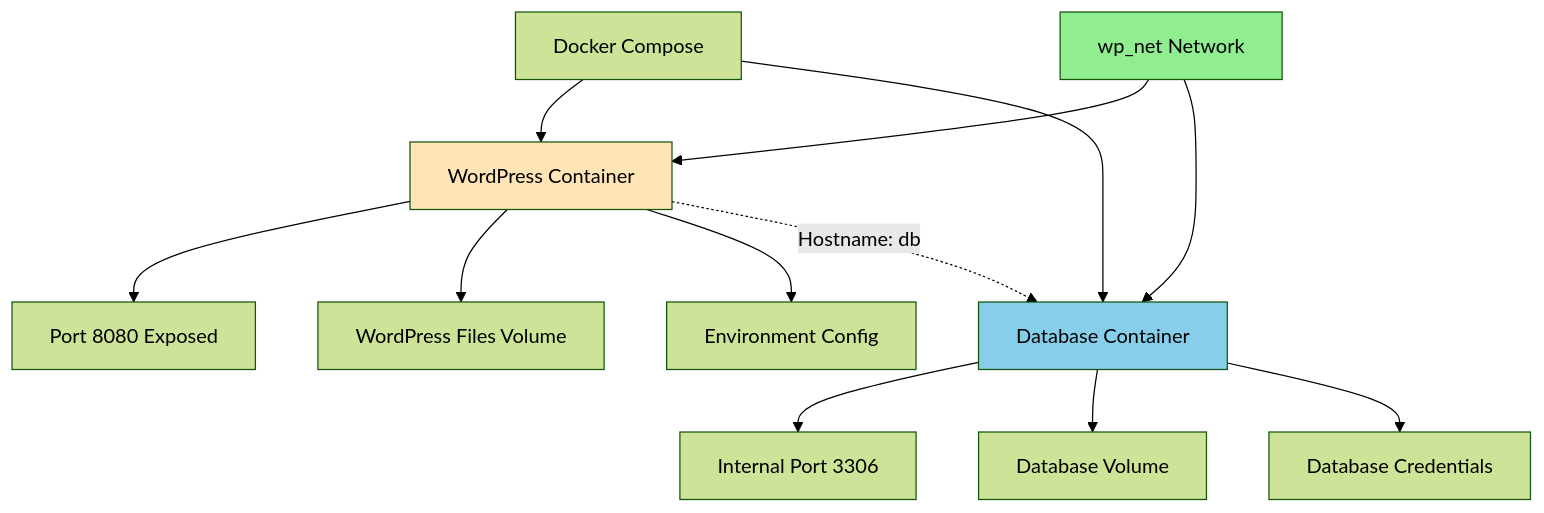
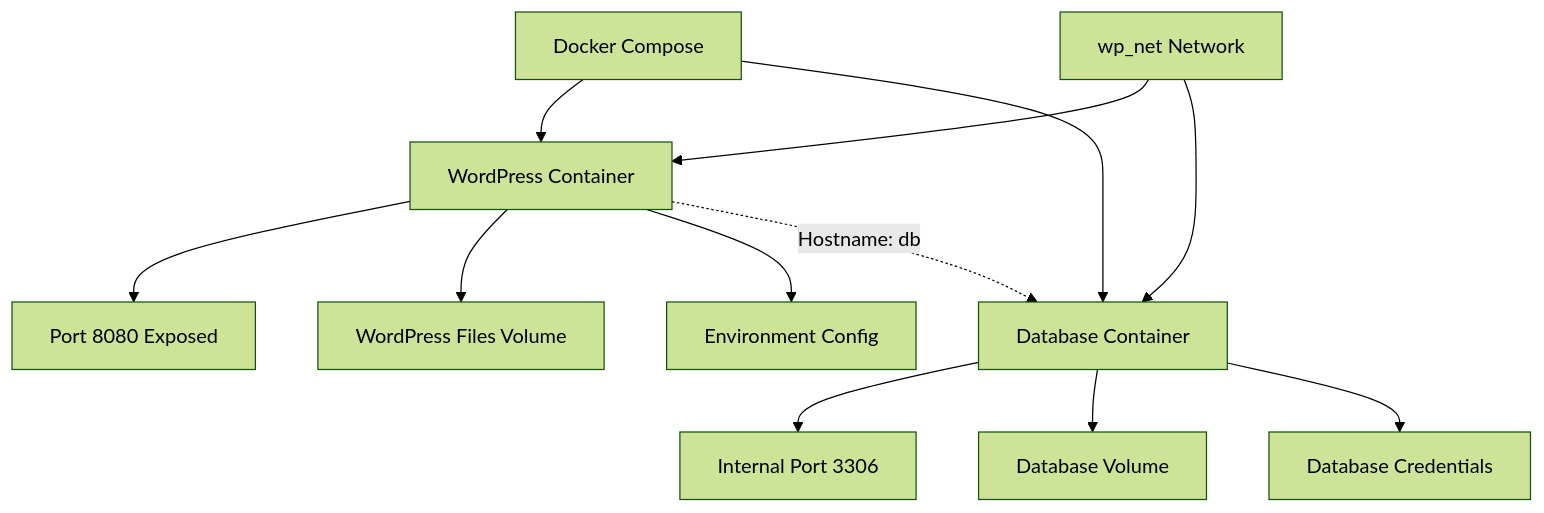
Before and after one commit to 4gh0rn/dev-blog: the fourth of 9 diagrams in docs/projects/wordpress.md, drawn with Mermaid (forest theme). The commit also changed other lines of this file and 17 other files, not shown here.

````diff
--- a/docs/projects/wordpress.md
+++ b/docs/projects/wordpress.md
@@ -158,22 +148,18 @@
 ```mermaid
 graph TB
     A[Docker Compose] --> B[WordPress Container]
     A --> C[Database Container]
     
     B --> B1[Port 8080 Exposed]
     B --> B2[WordPress Files Volume]
     B --> B3[Environment Config]
     
     C --> C1[Internal Port 3306]
     C --> C2[Database Volume]
     C --> C3[Database Credentials]
     
     B -.->|Hostname: db| C
     
     D[wp_net Network] --> B
     D --> C
-    
-    style B fill:#FFE4B5
-    style C fill:#87CEEB
-    style D fill:#90EE90
 ```
````
